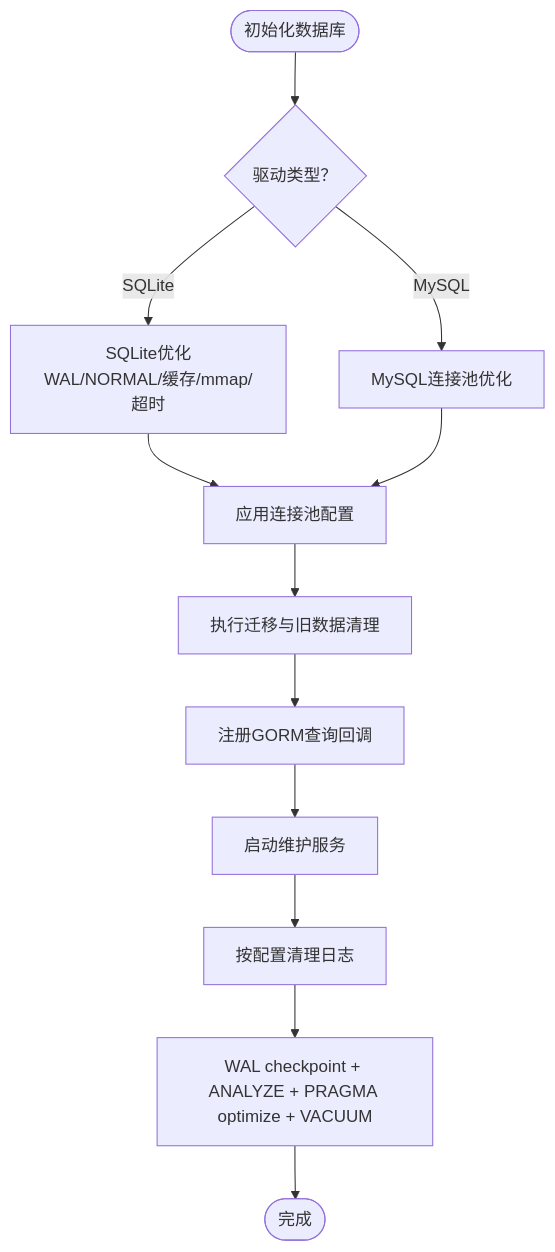
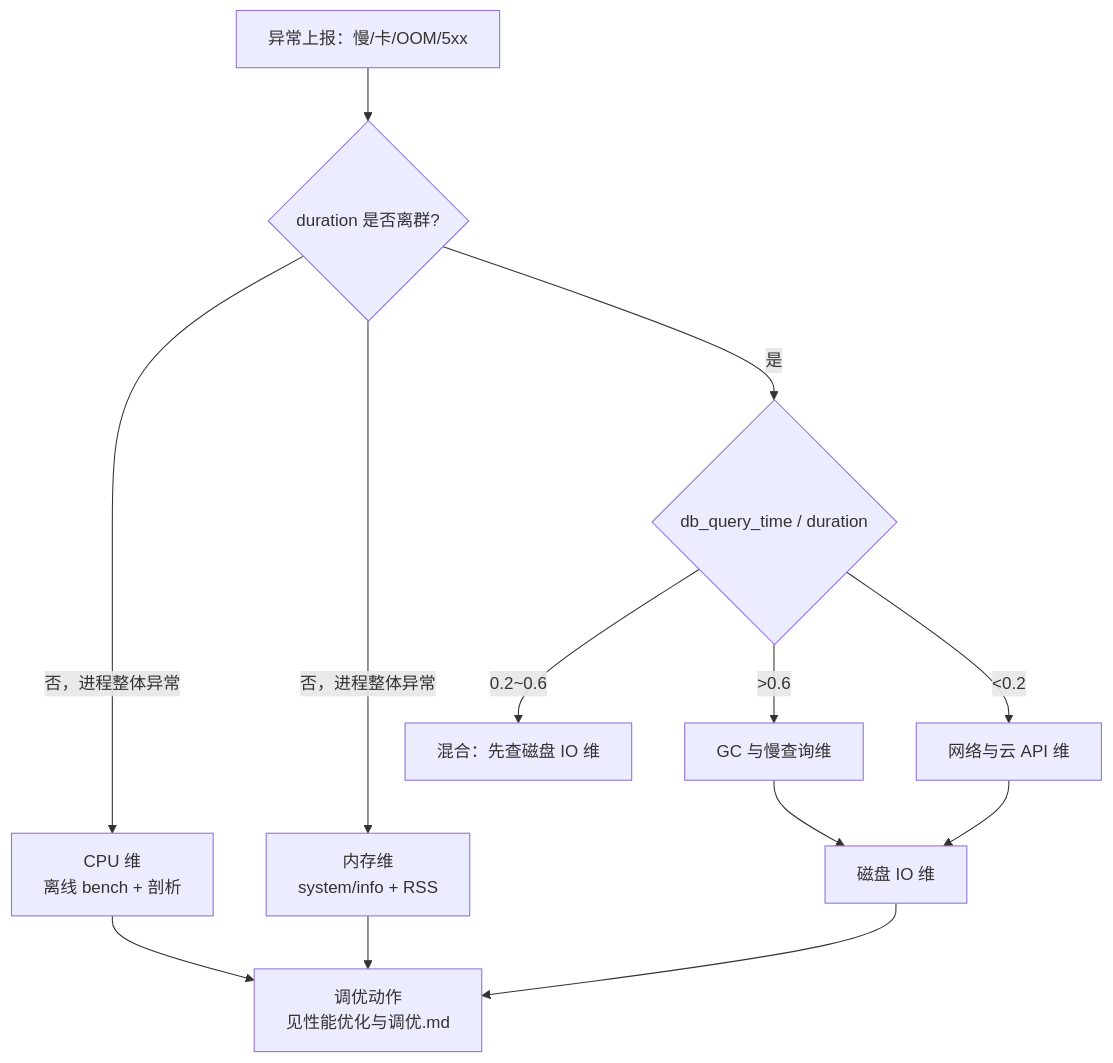
The first of 3 diagrams in docs/故障排除/性能诊断.md (x01n/dnsplane), drawn with Mermaid before and after one commit. The commit also changed other lines of this file and 326 other files, not shown here.

````diff
--- a/docs/故障排除/性能诊断.md
+++ b/docs/故障排除/性能诊断.md
@@ -197,14 +123,15 @@
 ```mermaid
 flowchart TD
-Start(["初始化数据库"]) --> Driver{"驱动类型？"}
-Driver --> |SQLite| OptSQLite["SQLite优化<br/>WAL/NORMAL/缓存/mmap/超时"]
-Driver --> |MySQL| OptMySQL["MySQL连接池优化"]
-OptSQLite --> ConnPool["应用连接池配置"]
-OptMySQL --> ConnPool
-ConnPool --> Migrate["执行迁移与旧数据清理"]
-Migrate --> Callbacks["注册GORM查询回调"]
-Callbacks --> MaintStart["启动维护服务"]
-MaintStart --> Cleanup["按配置清理日志"]
-Cleanup --> Vacuum["WAL checkpoint + ANALYZE + PRAGMA optimize + VACUUM"]
-Vacuum --> End(["完成"])
+  S["异常上报：慢/卡/OOM/5xx"] --> Q1{"duration 是否离群?"}
+  Q1 -- "否，进程整体异常" --> CPU["CPU 维<br/>离线 bench + 剖析"]
+  Q1 -- "否，进程整体异常" --> MEM["内存维<br/>system/info + RSS"]
+  Q1 -- "是" --> Q2{"db_query_time / duration"}
+  Q2 -- ">0.6" --> SLOWQ["GC 与慢查询维"]
+  Q2 -- "<0.2" --> NET["网络与云 API 维"]
+  Q2 -- "0.2~0.6" --> MIX["混合：先查磁盘 IO 维"]
+  SLOWQ --> IO["磁盘 IO 维"]
+  NET --> IO
+  CPU --> TUNE["调优动作<br/>见性能优化与调优.md"]
+  MEM --> TUNE
+  IO --> TUNE
 ```
````
